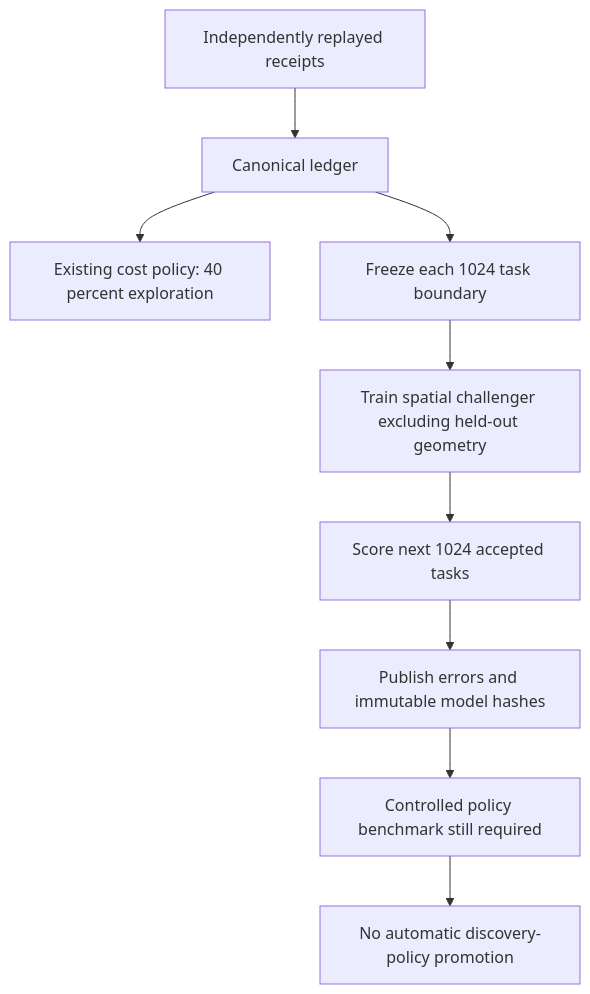
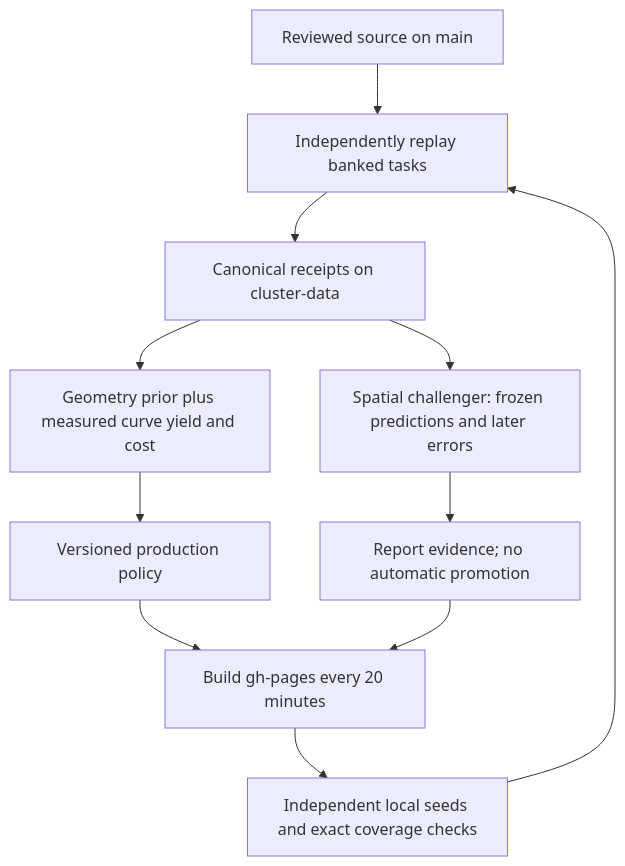
One commit to Kuberwastaken/math-gambling changed the diagram in README.md. Above: the diagram before and after it, drawn with Mermaid. The commit also changed other lines of this file and 15 other files, not shown here.

Commit message:
Prepare runner v0.4.0 and show versioned policy evidence without changing credits

````diff
--- a/README.md
+++ b/README.md
@@ -155,11 +43,13 @@
 ```mermaid
 flowchart TD
-    Receipts[Independently replayed receipts] --> Ledger[Canonical ledger]
-    Ledger --> Production[Existing cost policy: 40 percent exploration]
-    Ledger --> Freeze[Freeze each 1024 task boundary]
-    Freeze --> Spatial[Train spatial challenger excluding held-out geometry]
-    Spatial --> Future[Score next 1024 accepted tasks]
-    Future --> Report[Publish errors and immutable model hashes]
-    Report --> Gate[Controlled policy benchmark still required]
-    Gate --> NoPromotion[No automatic discovery-policy promotion]
+    Source[Reviewed source on main] --> Replay[Independently replay banked tasks]
+    Replay --> Ledger[Canonical receipts on cluster-data]
+    Ledger --> Geometry[Geometry prior plus measured curve yield and cost]
+    Ledger --> Shadow[Spatial challenger: frozen predictions and later errors]
+    Geometry --> Policy[Versioned production policy]
+    Shadow --> Evidence[Report evidence; no automatic promotion]
+    Policy --> Pages[Build gh-pages every 20 minutes]
+    Evidence --> Pages
+    Pages --> Clients[Independent local seeds and exact coverage checks]
+    Clients --> Replay
 ```
````
